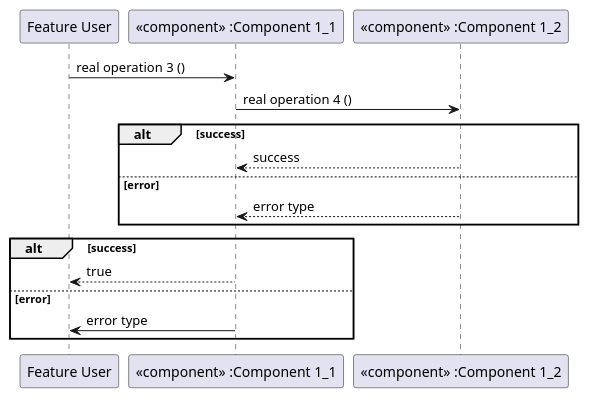
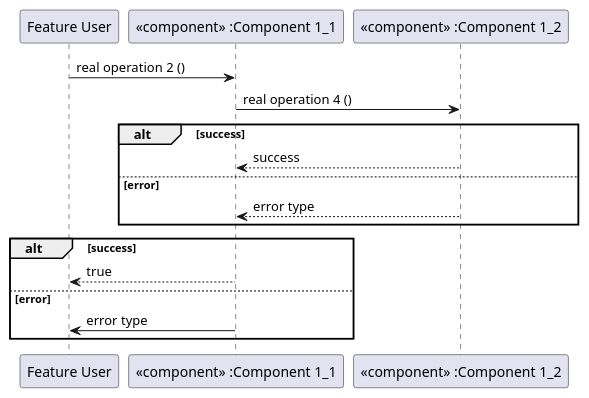
The diagram in process/process_areas/architecture_design/_assets/component_architecture_dynamic.puml (qorix-group/process_description), drawn with PlantUML before and after one commit.

Commit message:
change operation

```diff
--- a/process/process_areas/architecture_design/_assets/component_architecture_dynamic.puml
+++ b/process/process_areas/architecture_design/_assets/component_architecture_dynamic.puml
@@ -29,22 +29,22 @@
 @startuml
 
 participant "Feature User" as actor
 participant "«component» :Component 1_1" as sc1
 participant "«component» :Component 1_2" as sc3
 
-actor -> sc1: real operation 3 ()
+actor -> sc1: real operation 2 ()
 sc1 -> sc3: real operation 4 ()
 
 alt success
     sc3 --> sc1: success
 else error
     sc3 --> sc1: error type
 end
 
 alt success
     sc1 --> actor: true
 else error
     sc1 -> actor: error type
 end
 
 @enduml
```
